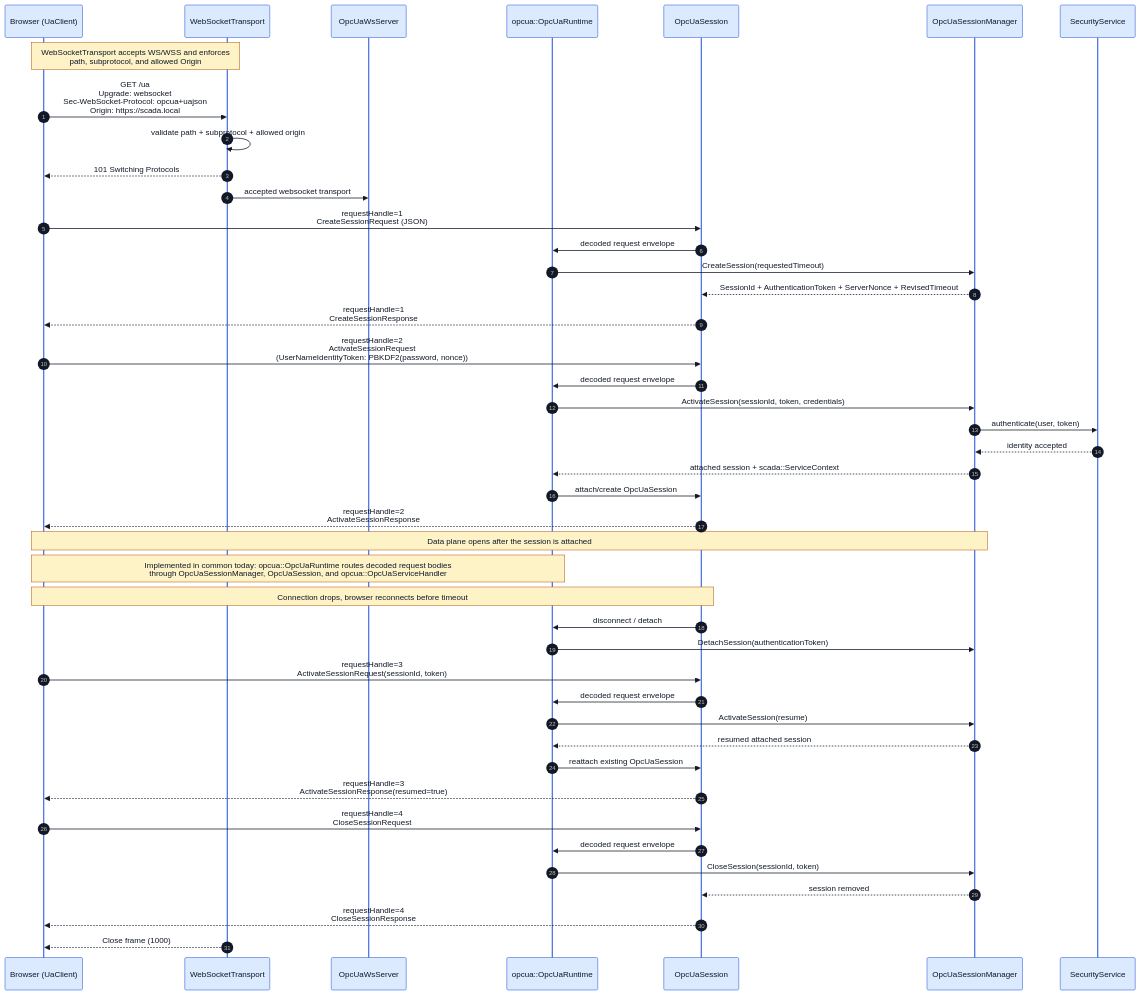
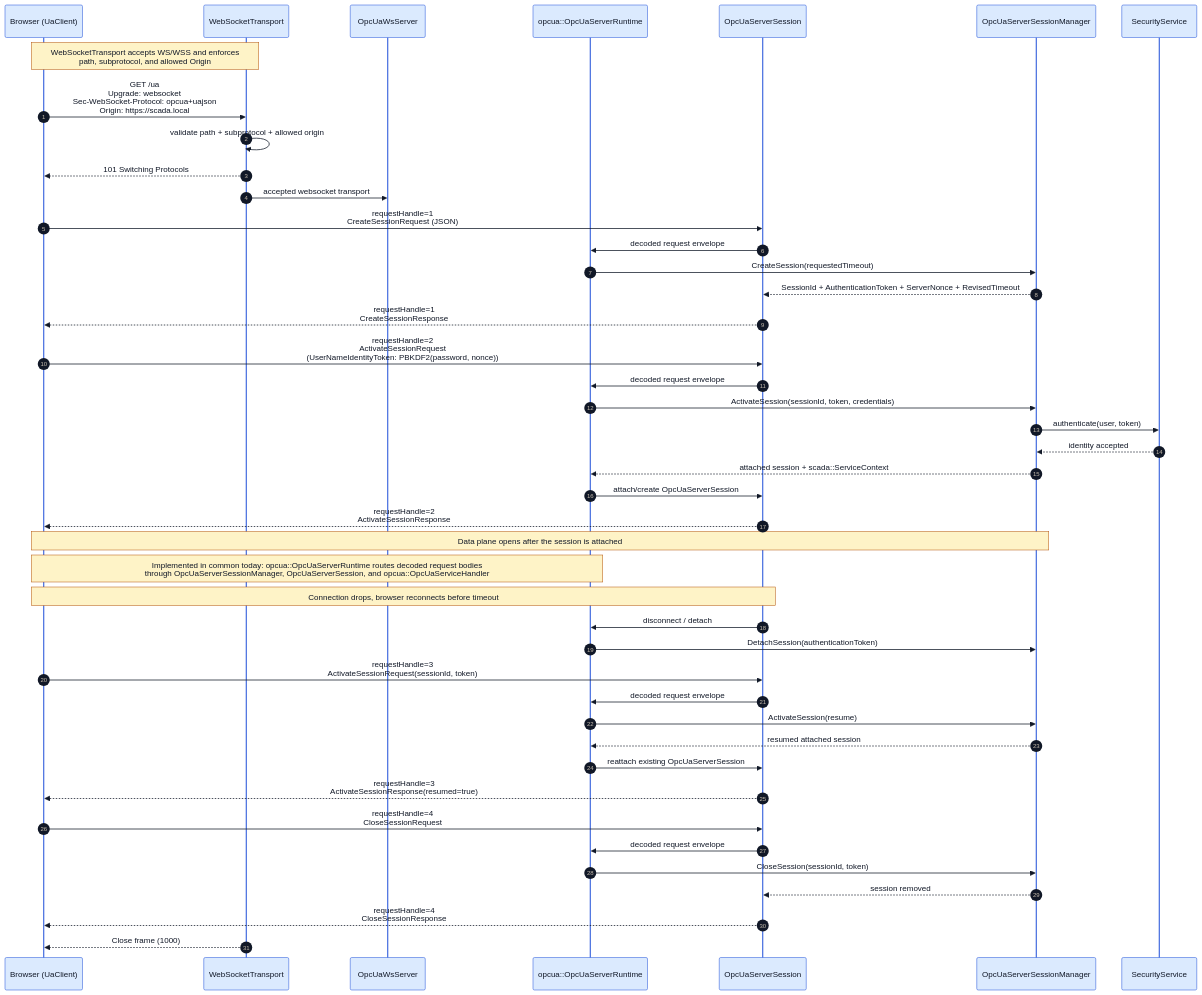
Before and after one commit to alexsmn/scada-common: the diagram in docs/diagrams/opcua_session_sequence.mmd, drawn with Mermaid. The commit also changed 199 other files, not shown here.

Commit message:
Rename OPC UA common files

```diff
--- a/docs/diagrams/opcua_session_sequence.mmd
+++ b/docs/diagrams/opcua_session_sequence.mmd
@@ -1,65 +1,65 @@
 %%{init: {
   'theme': 'base',
   'themeVariables': {
     'background': '#ffffff',
     'primaryColor': '#f3f4f6',
     'primaryBorderColor': '#374151',
     'primaryTextColor': '#111827',
     'lineColor': '#374151',
     'actorBkg': '#dbeafe',
     'actorBorder': '#1d4ed8',
     'actorTextColor': '#111827',
     'noteBkgColor': '#fef3c7',
     'noteBorderColor': '#b45309',
     'noteTextColor': '#111827'
   }
 }}%%
 sequenceDiagram
     autonumber
     participant B as Browser (UaClient)
     participant WST as WebSocketTransport
     participant WS as OpcUaWsServer
-    participant RT as opcua::OpcUaRuntime
-    participant S as OpcUaSession
-    participant M as OpcUaSessionManager
+    participant RT as opcua::OpcUaServerRuntime
+    participant S as OpcUaServerSession
+    participant M as OpcUaServerSessionManager
     participant SEC as SecurityService
 
     Note over B,WST: WebSocketTransport accepts WS/WSS and enforces<br/>path, subprotocol, and allowed Origin
     B->>WST: GET /ua<br/>Upgrade: websocket<br/>Sec-WebSocket-Protocol: opcua+uajson<br/>Origin: https://scada.local
     WST->>WST: validate path + subprotocol + allowed origin
     WST-->>B: 101 Switching Protocols
     WST->>WS: accepted websocket transport
     B->>S: requestHandle=1<br/>CreateSessionRequest (JSON)
     S->>RT: decoded request envelope
     RT->>M: CreateSession(requestedTimeout)
     M-->>S: SessionId + AuthenticationToken + ServerNonce + RevisedTimeout
     S-->>B: requestHandle=1<br/>CreateSessionResponse
 
     B->>S: requestHandle=2<br/>ActivateSessionRequest<br/>(UserNameIdentityToken: PBKDF2(password, nonce))
     S->>RT: decoded request envelope
     RT->>M: ActivateSession(sessionId, token, credentials)
     M->>SEC: authenticate(user, token)
     SEC-->>M: identity accepted
     M-->>RT: attached session + scada::ServiceContext
-    RT->>S: attach/create OpcUaSession
+    RT->>S: attach/create OpcUaServerSession
     S-->>B: requestHandle=2<br/>ActivateSessionResponse
 
     Note over B,M: Data plane opens after the session is attached
-    Note over B,RT: Implemented in common today: opcua::OpcUaRuntime routes decoded request bodies<br/>through OpcUaSessionManager, OpcUaSession, and opcua::OpcUaServiceHandler
+    Note over B,RT: Implemented in common today: opcua::OpcUaServerRuntime routes decoded request bodies<br/>through OpcUaServerSessionManager, OpcUaServerSession, and opcua::OpcUaServiceHandler
 
     Note over B,S: Connection drops, browser reconnects before timeout
     S->>RT: disconnect / detach
     RT->>M: DetachSession(authenticationToken)
     B->>S: requestHandle=3<br/>ActivateSessionRequest(sessionId, token)
     S->>RT: decoded request envelope
     RT->>M: ActivateSession(resume)
     M-->>RT: resumed attached session
-    RT->>S: reattach existing OpcUaSession
+    RT->>S: reattach existing OpcUaServerSession
     S-->>B: requestHandle=3<br/>ActivateSessionResponse(resumed=true)
 
     B->>S: requestHandle=4<br/>CloseSessionRequest
     S->>RT: decoded request envelope
     RT->>M: CloseSession(sessionId, token)
     M-->>S: session removed
     S-->>B: requestHandle=4<br/>CloseSessionResponse
     WST-->>B: Close frame (1000)
```
